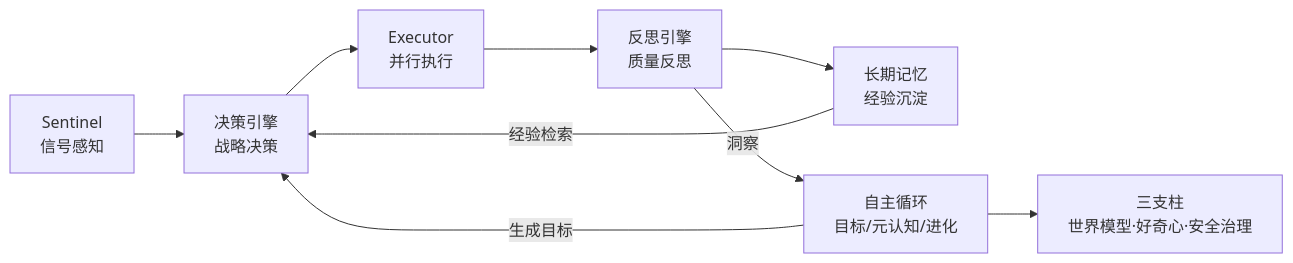
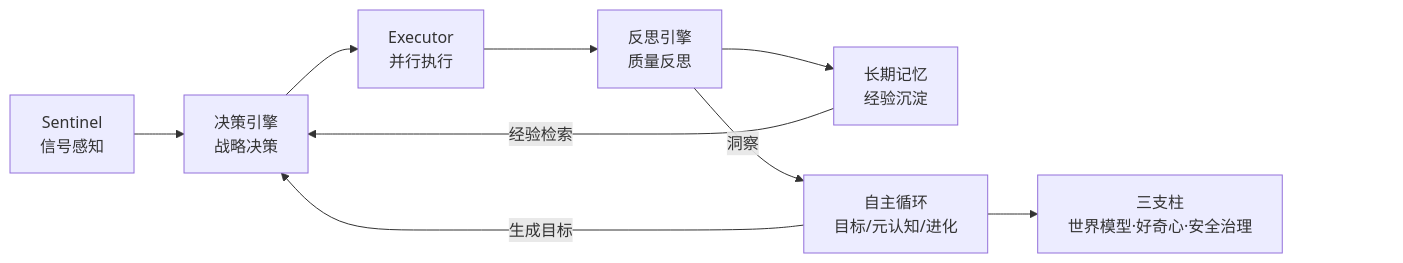
The diagram in README.md (beijingwahw/dsh-autonomous-scheduler), drawn with Mermaid before and after one commit. The commit also changed 1 other file, not shown here.

Commit message:
docs: 架构图右侧加透明占位节点，避免 GitHub 缩放控件遮挡末节点

````diff
--- a/README.md
+++ b/README.md
@@ -22,11 +22,13 @@
 ```mermaid
 graph LR
   S[Sentinel<br/>信号感知] --> D[决策引擎<br/>战略决策]
   D --> E[Executor<br/>并行执行]
   E --> R[反思引擎<br/>质量反思]
   R --> M[长期记忆<br/>经验沉淀]
   M -->|经验检索| D
   R -->|洞察| L[自主循环<br/>目标/元认知/进化]
   L -->|生成目标| D
   L --> P[三支柱<br/>世界模型·好奇心·安全治理]
+  P ~~~ PAD["　　　　　　　　"]
+  style PAD fill:none,stroke:none,color:transparent
 ```
````
